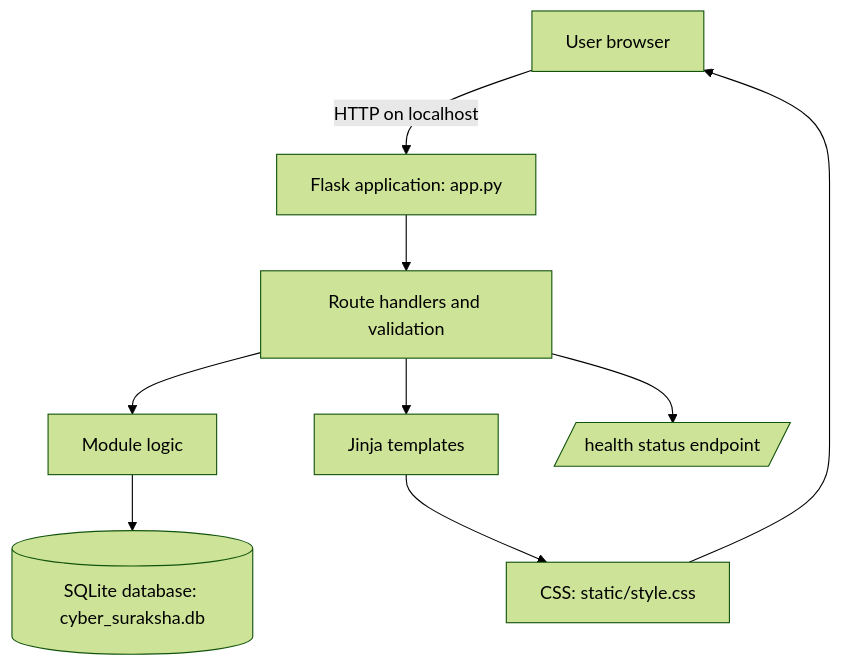
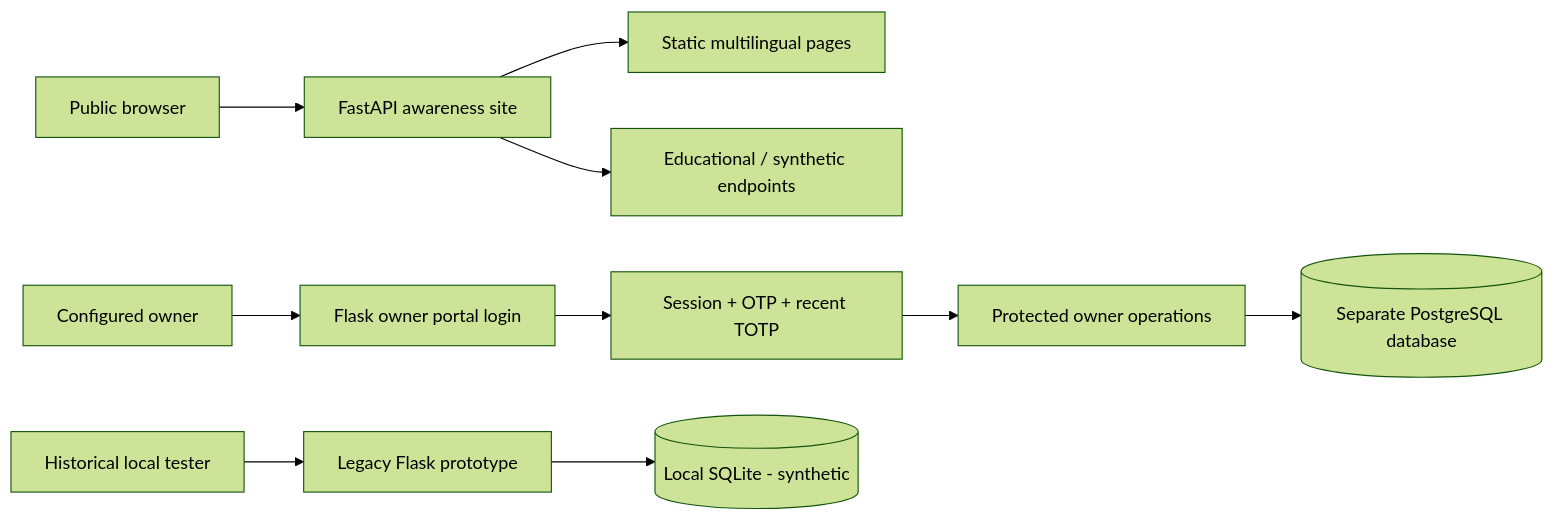
Before and after one commit to rk-Hud/cyber-suraksha-2.0: the diagram in docs/ARCHITECTURE.md, drawn with Mermaid (forest theme). The commit also changed other lines of this file and 11 other files, not shown here.

````diff
--- a/docs/ARCHITECTURE.md
+++ b/docs/ARCHITECTURE.md
@@ -7,11 +19,12 @@
 ```mermaid
-flowchart TD
-    U[User browser] -->|HTTP on localhost| F[Flask application: app.py]
-    F --> R[Route handlers and validation]
-    R --> L[Module logic]
-    L --> D[(SQLite database: cyber_suraksha.db)]
-    R --> T[Jinja templates]
-    T --> C[CSS: static/style.css]
-    C --> U
-    R --> H[/health status endpoint/]
+flowchart LR
+    A[Public browser] --> B[FastAPI awareness site]
+    B --> C[Static multilingual pages]
+    B --> D[Educational / synthetic endpoints]
+    O[Configured owner] --> L[Flask owner portal login]
+    L --> M[Session + OTP + recent TOTP]
+    M --> P[Protected owner operations]
+    P --> DB[(Separate PostgreSQL database)]
+    H[Historical local tester] --> F[Legacy Flask prototype]
+    F --> S[(Local SQLite - synthetic)]
 ```
````
